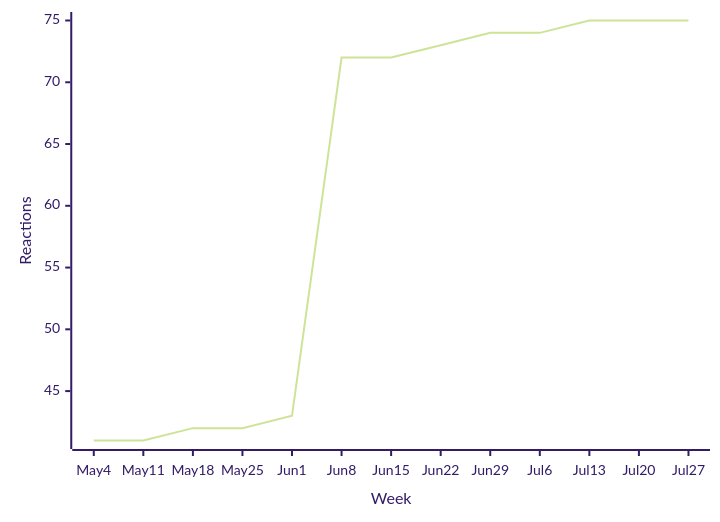
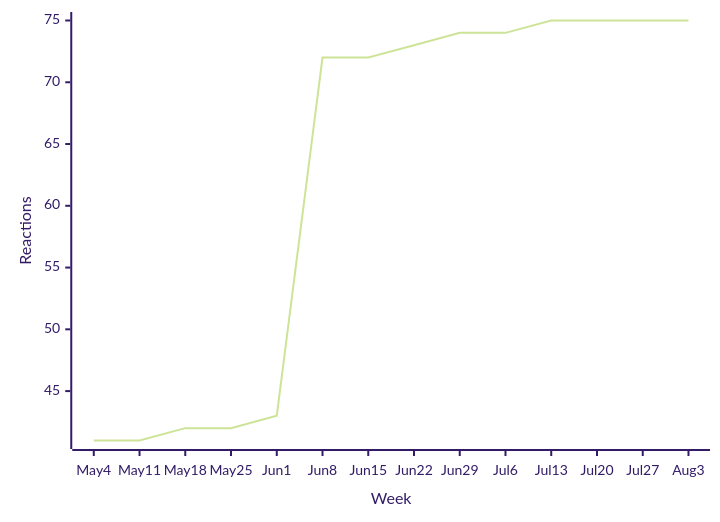
Before and after one commit to loic-sharma/github-insights: the third of 44 diagrams in README.md, drawn with Mermaid (forest theme). The commit also changed other lines of this file and 3 other files, not shown here.

````diff
--- a/README.md
+++ b/README.md
@@ -373,6 +373,6 @@
   ```mermaid
   xychart-beta
-    x-axis "Week" [May 4, May 11, May 18, May 25, Jun 1, Jun 8, Jun 15, Jun 22, Jun 29, Jul 6, Jul 13, Jul 20, Jul 27]
+    x-axis "Week" [May 4, May 11, May 18, May 25, Jun 1, Jun 8, Jun 15, Jun 22, Jun 29, Jul 6, Jul 13, Jul 20, Jul 27, Aug 3]
     y-axis "Reactions"
-    line [41, 41, 42, 42, 43, 72, 72, 73, 74, 74, 75, 75, 75]
+    line [41, 41, 42, 42, 43, 72, 72, 73, 74, 74, 75, 75, 75, 75]
   ```
````
